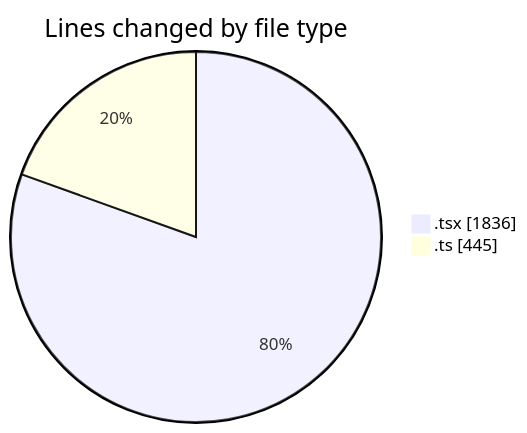
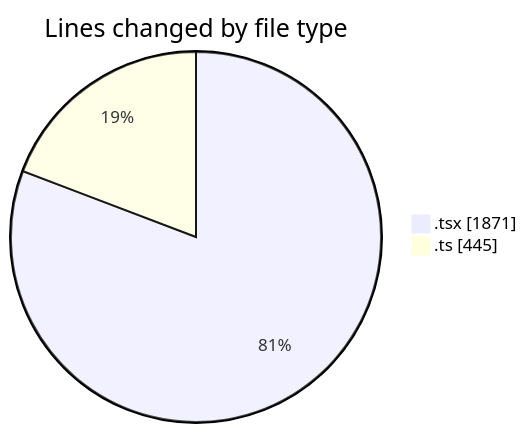
The first of 2 diagrams in 2025-01-30/mbc-web/README.md (robertbonfada/code-tracking), drawn with Mermaid before and after one commit. The commit also changed other lines of this file and 1 other file, not shown here.

````diff
--- a/2025-01-30/mbc-web/README.md
+++ b/2025-01-30/mbc-web/README.md
@@ -30,6 +30,6 @@
 ```mermaid
 pie showData
 title Lines changed by file type
-".tsx" : 1836
+".tsx" : 1871
 ".ts" : 445
 ```
````
